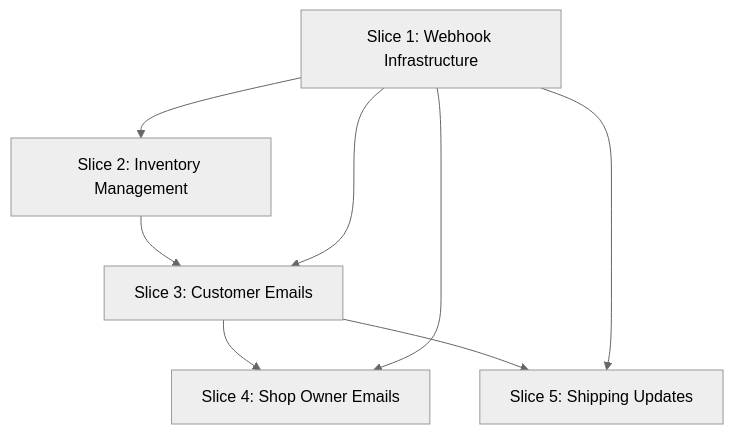
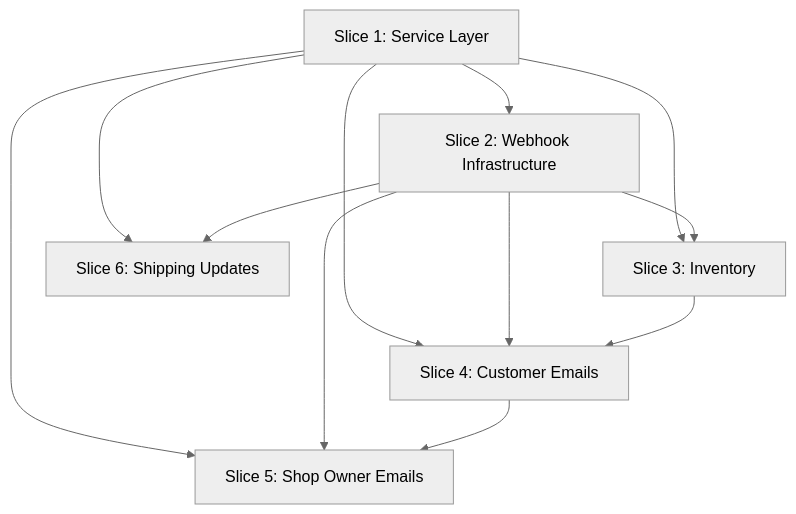
The diagram in plans/post-order-processing.md (mnkdog/puplets), drawn with Mermaid (neutral theme) before and after one commit. The commit also changed other lines of this file, not shown here.

````diff
--- a/plans/post-order-processing.md
+++ b/plans/post-order-processing.md
@@ -399,16 +521,21 @@
 ```mermaid
 graph TD
-    S1[Slice 1: Webhook Infrastructure]
-    S2[Slice 2: Inventory Management]
-    S3[Slice 3: Customer Emails]
-    S4[Slice 4: Shop Owner Emails]
-    S5[Slice 5: Shipping Updates]
+    S1[Slice 1: Service Layer]
+    S2[Slice 2: Webhook Infrastructure]
+    S3[Slice 3: Inventory]
+    S4[Slice 4: Customer Emails]
+    S5[Slice 5: Shop Owner Emails]
+    S6[Slice 6: Shipping Updates]
     
     S1 --> S2
+    S1 --> S3
     S2 --> S3
-    S1 --> S3
+    S1 --> S4
+    S2 --> S4
     S3 --> S4
-    S3 --> S5
-    S1 --> S4
     S1 --> S5
+    S2 --> S5
+    S4 --> S5
+    S1 --> S6
+    S2 --> S6
 ```
````
